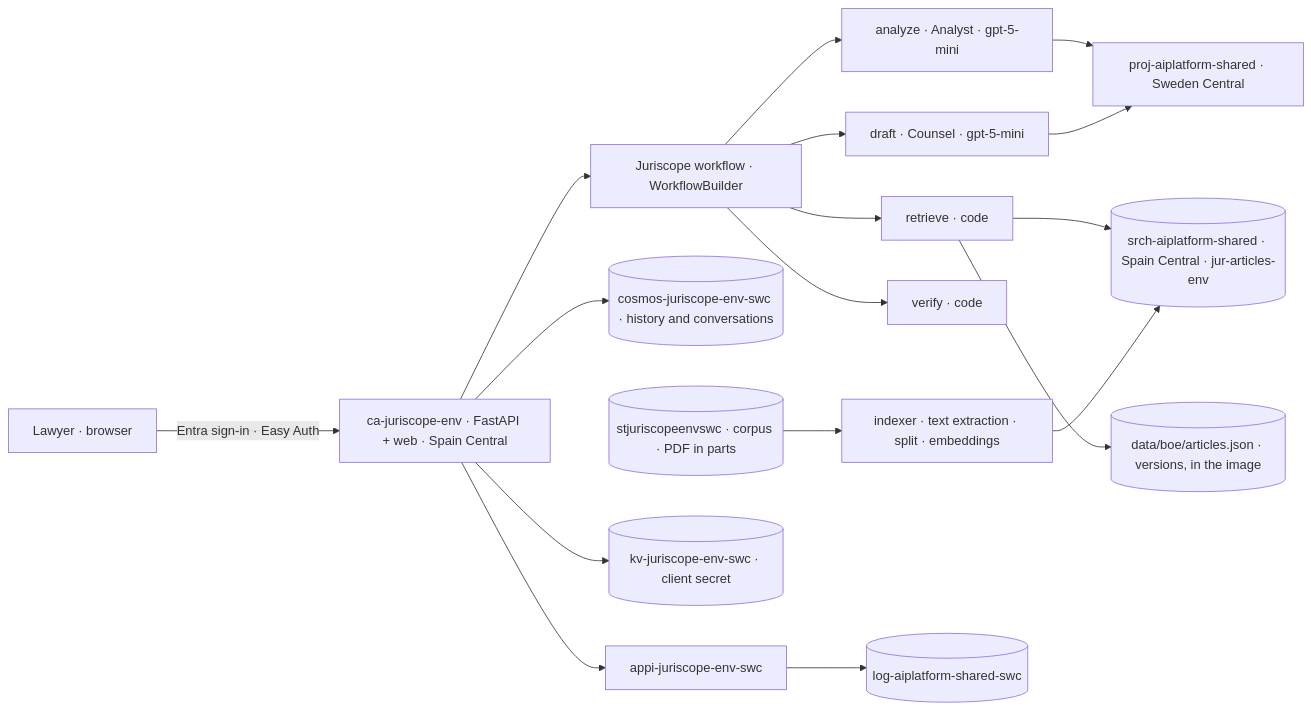
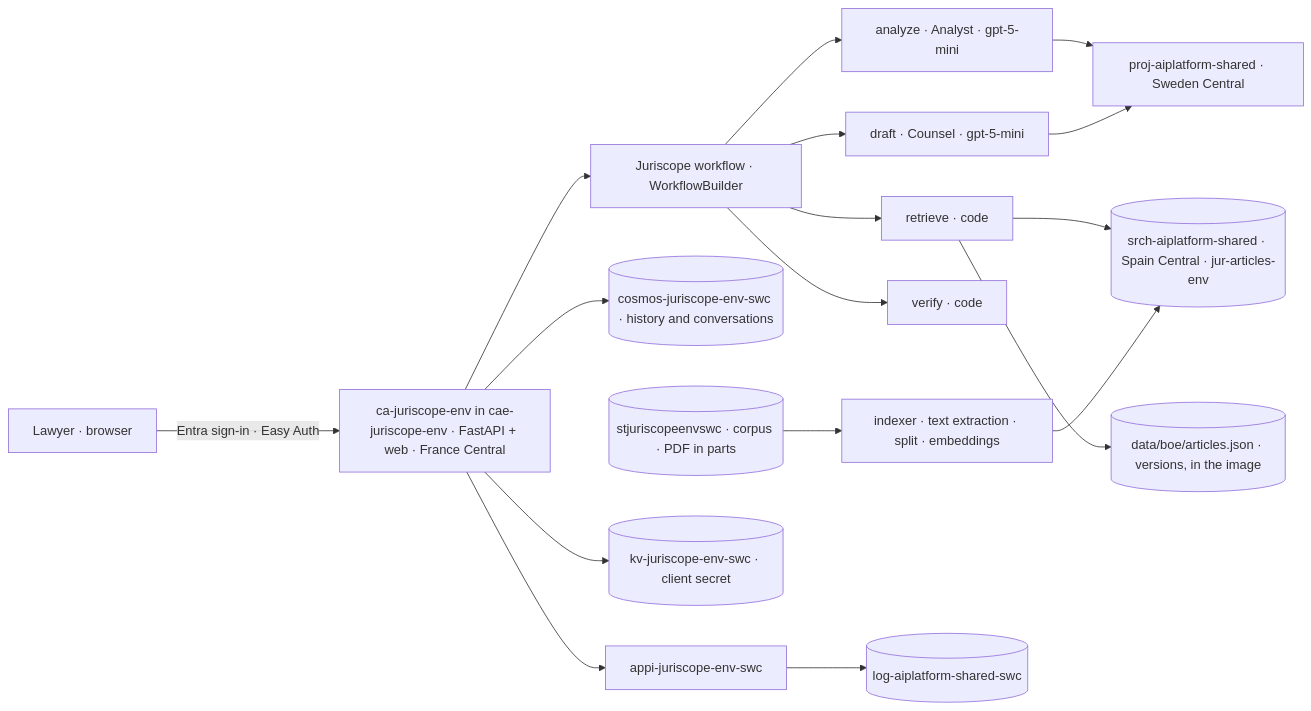
Before and after one commit to Rodrigo-GomezdelMoral/product-legal-juriscope: the diagram in docs/architecture.md, drawn with Mermaid. The commit also changed other lines of this file and 8 other files, not shown here.

````diff
--- a/docs/architecture.md
+++ b/docs/architecture.md
@@ -3,16 +3,16 @@
 ```mermaid
 graph LR
-    U["Lawyer · browser"] -->|Entra sign-in · Easy Auth| CA["ca-juriscope-env · FastAPI + web · Spain Central"]
+    U["Lawyer · browser"] -->|Entra sign-in · Easy Auth| CA["ca-juriscope-env in cae-juriscope-env · FastAPI + web · France Central"]
     CA --> WF["Juriscope workflow · WorkflowBuilder"]
     WF --> AN["analyze · Analyst · gpt-5-mini"]
     WF --> RT["retrieve · code"]
     WF --> DR["draft · Counsel · gpt-5-mini"]
     WF --> VF["verify · code"]
     RT --> SRCH[("srch-aiplatform-shared · Spain Central · jur-articles-env")]
     RT --> STORE[("data/boe/articles.json · versions, in the image")]
     CA --> COSMOS[("cosmos-juriscope-env-swc · history and conversations")]
     AN & DR --> FDRY["proj-aiplatform-shared · Sweden Central"]
     BLOB[("stjuriscopeenvswc · corpus · PDF in parts")] --> IDXR["indexer · text extraction · split · embeddings"] --> SRCH
     CA --> KV[("kv-juriscope-env-swc · client secret")]
     CA --> APPI["appi-juriscope-env-swc"] --> LAW[("log-aiplatform-shared-swc")]
 ```
````
